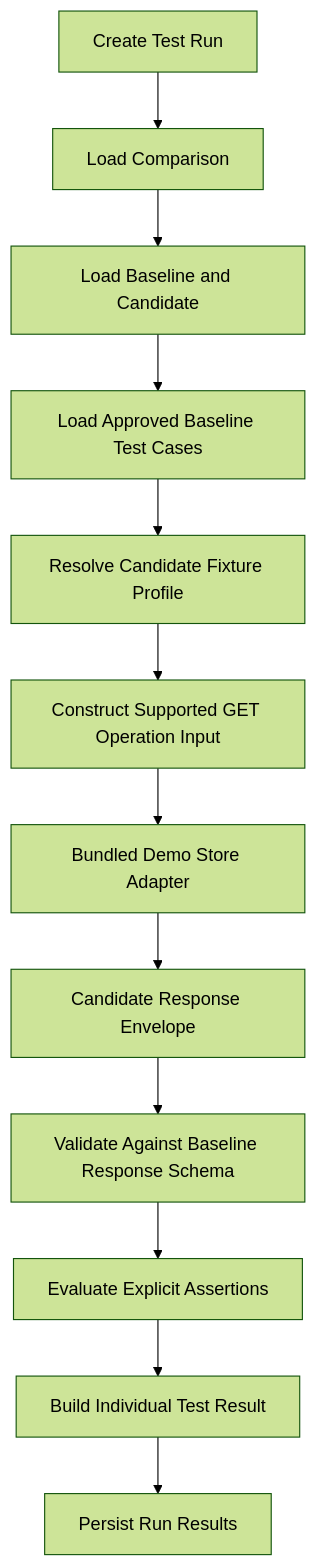
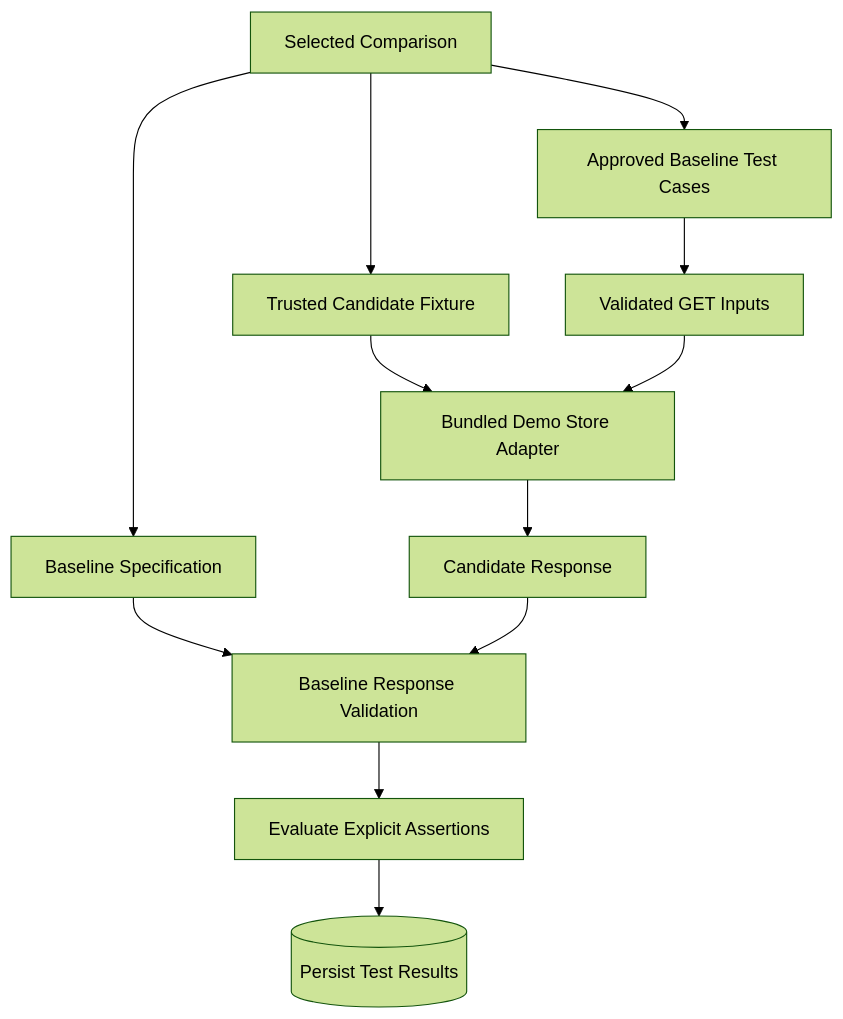
One commit to Swayam-Aggarwal/ContractGuard changed the eighth of 8 diagrams in docs/Architecture.md. Above: the diagram before and after it, drawn with Mermaid (forest theme). The commit also changed other lines of this file and 32 other files, not shown here.

````diff
--- a/docs/Architecture.md
+++ b/docs/Architecture.md
@@ -797,27 +620,25 @@
 ```mermaid
 flowchart TD
-    Request["Create Test Run"]
-    Comparison["Load Comparison"]
-    Versions["Load Baseline and Candidate"]
-    Cases["Load Approved Baseline Test Cases"]
-    Fixture["Resolve Candidate Fixture Profile"]
-    Construct["Construct Supported GET Operation Input"]
-    Adapter["Bundled Demo Store Adapter"]
-    Response["Candidate Response Envelope"]
-    Validator["Validate Against Baseline Response Schema"]
-    Assertions["Evaluate Explicit Assertions"]
-    Result["Build Individual Test Result"]
-    Persist["Persist Run Results"]
+    COMPARISON["Selected Comparison"]
+    BASELINE["Baseline Specification"]
+    CANDIDATE["Trusted Candidate Fixture"]
+    CASES["Approved Baseline Test Cases"]
+    INPUT["Validated GET Inputs"]
+    ADAPTER["Bundled Demo Store Adapter"]
+    RESPONSE["Candidate Response"]
+    SCHEMA["Baseline Response Validation"]
+    ASSERTIONS["Evaluate Explicit Assertions"]
+    RESULTS[("Persist Test Results")]
 
-    Request --> Comparison
-    Comparison --> Versions
-    Versions --> Cases
-    Cases --> Fixture
-    Fixture --> Construct
-    Construct --> Adapter
-    Adapter --> Response
-    Response --> Validator
-    Validator --> Assertions
-    Assertions --> Result
-    Result --> Persist
+    COMPARISON --> BASELINE
+    COMPARISON --> CANDIDATE
+    COMPARISON --> CASES
+    CASES --> INPUT
+    CANDIDATE --> ADAPTER
+    INPUT --> ADAPTER
+    ADAPTER --> RESPONSE
+    BASELINE --> SCHEMA
+    RESPONSE --> SCHEMA
+    SCHEMA --> ASSERTIONS
+    ASSERTIONS --> RESULTS
 ```
````
